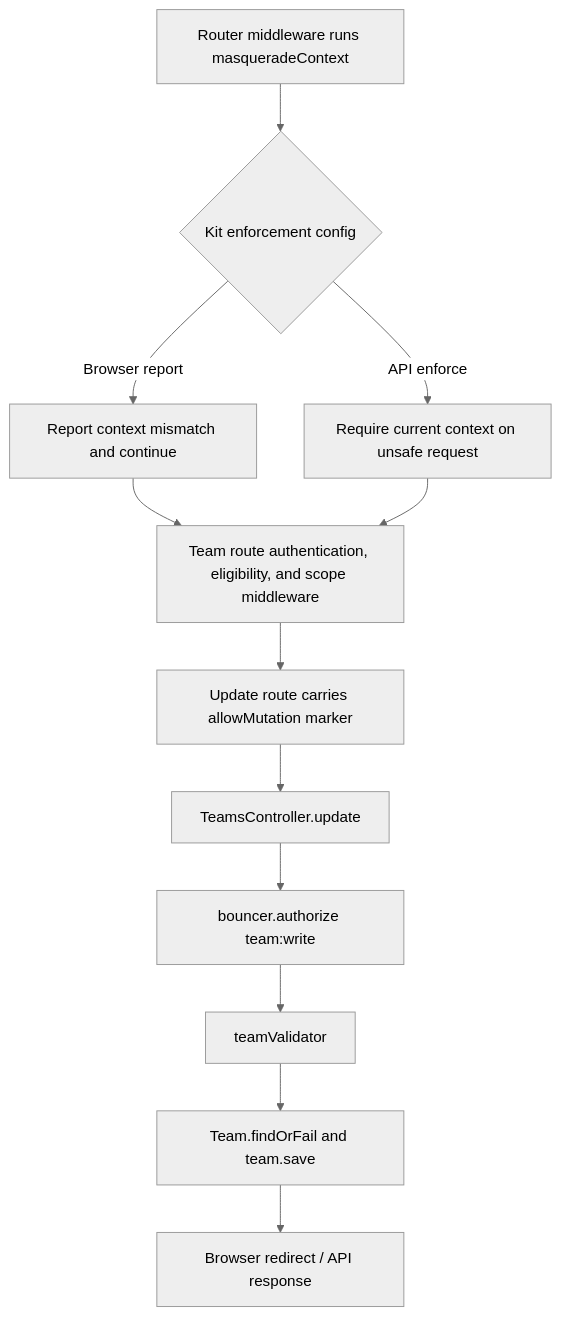
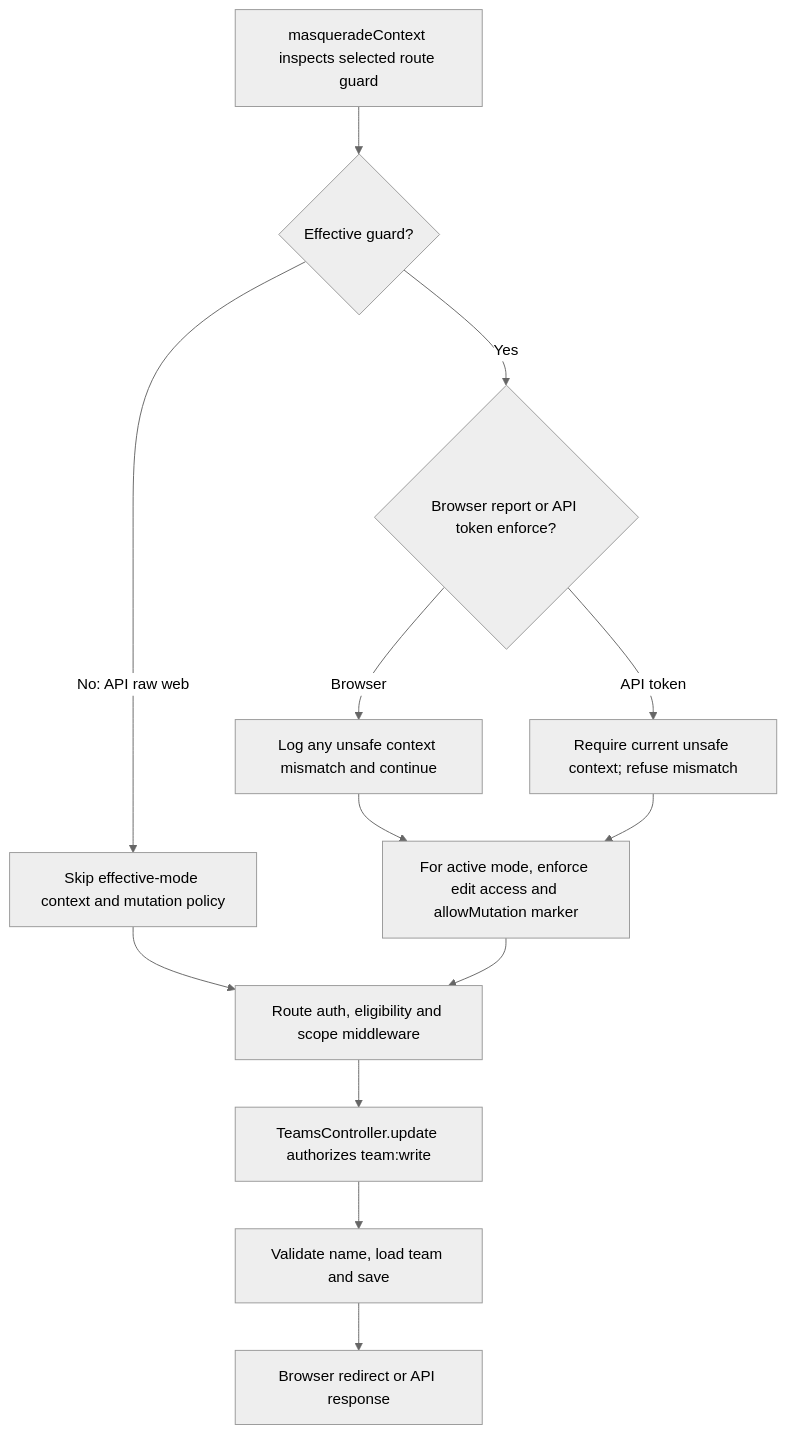
One commit to Kevinjohn/oss-adonisjs-starter-examples changed the second of 2 diagrams in user-stories/support/us-masq-03-rename-team-as-target.md. Above: the diagram before and after it, drawn with Mermaid (neutral theme). The commit also changed other lines of this file and 3 other files, not shown here.

````diff
--- a/user-stories/support/us-masq-03-rename-team-as-target.md
+++ b/user-stories/support/us-masq-03-rename-team-as-target.md
@@ -47,14 +48,15 @@
 ```mermaid
 flowchart TD
-    A["Router middleware runs masqueradeContext"] --> B{"Kit enforcement config"}
-    B -->|Browser report| C["Report context mismatch and continue"]
-    B -->|API enforce| D["Require current context on unsafe request"]
-    C --> E["Team route authentication, eligibility, and scope middleware"]
-    D --> E
-    E --> F["Update route carries allowMutation marker"]
-    F --> G["TeamsController.update"]
-    G --> H["bouncer.authorize team:write"]
-    H --> I["teamValidator"]
-    I --> J["Team.findOrFail and team.save"]
-    J --> K["Browser redirect / API response"]
+    A["masqueradeContext inspects selected route guard"] --> B{"Effective guard?"}
+    B -->|No: API raw web| C["Skip effective-mode context and mutation policy"]
+    B -->|Yes| D{"Browser report or API token enforce?"}
+    D -->|Browser| E["Log any unsafe context mismatch and continue"]
+    D -->|API token| F["Require current unsafe context; refuse mismatch"]
+    E --> G["For active mode, enforce edit access and allowMutation marker"]
+    F --> G
+    C --> H["Route auth, eligibility and scope middleware"]
+    G --> H
+    H --> I["TeamsController.update authorizes team:write"]
+    I --> J["Validate name, load team and save"]
+    J --> K["Browser redirect or API response"]
 ```
````
